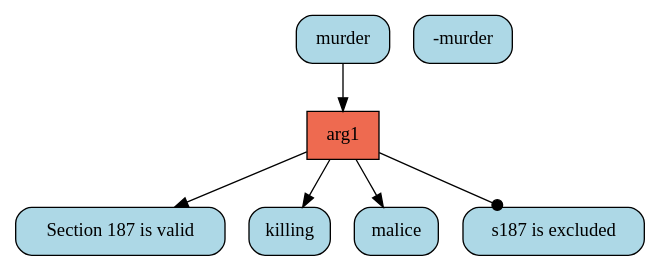
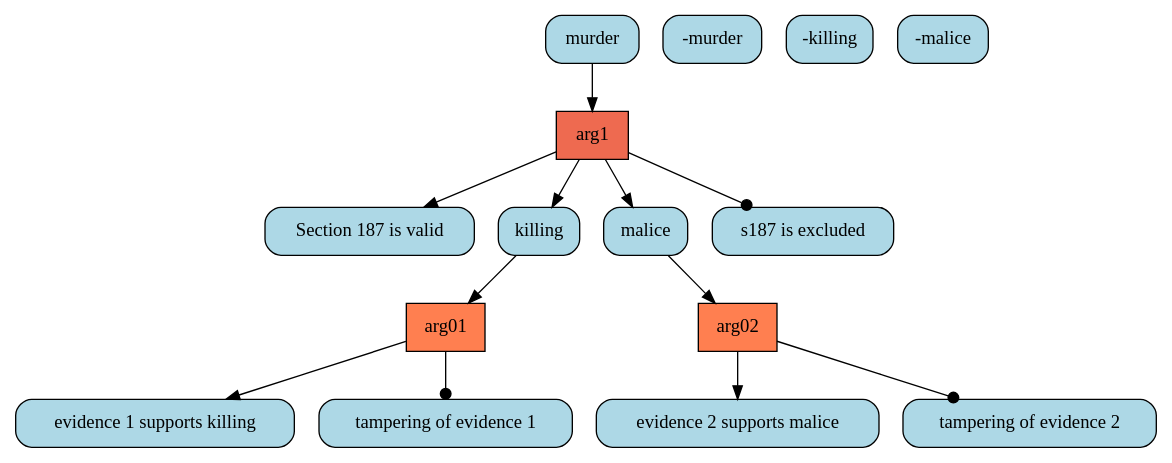
The diagram in system/dot/example2/1_0.dot (goweiting/carneades-ext), drawn with Graphviz before and after one commit. The commit also changed 9 other files, not shown here.

```diff
--- a/system/dot/example2/1_0.dot
+++ b/system/dot/example2/1_0.dot
@@ -1,14 +1,28 @@
 digraph G{ 
 "arg1" [color="black", fillcolor="coral2",fixedsize=false, shape=box, style="filled"]; 
 "murder" [color="black", fillcolor="lightblue", fixedsize=false,  shape="box", style="rounded,filled"]; 
 "-murder" [color="black", fillcolor="lightblue", fixedsize=false,  shape="box", style="rounded,filled"]; 
 "Section 187 is valid" [color="black", fillcolor="lightblue", fixedsize=false,  shape="box", style="rounded,filled"]; 
 "killing" [color="black", fillcolor="lightblue", fixedsize=false,  shape="box", style="rounded,filled"]; 
 "malice" [color="black", fillcolor="lightblue", fixedsize=false,  shape="box", style="rounded,filled"]; 
 "s187 is excluded" [color="black", fillcolor="lightblue", fixedsize=false,  shape="box", style="rounded,filled"]; 
+"arg01" [color="black", fillcolor="coral",fixedsize=false, shape=box, style="filled"]; 
+"-killing" [color="black", fillcolor="lightblue", fixedsize=false,  shape="box", style="rounded,filled"]; 
+"evidence 1 supports killing" [color="black", fillcolor="lightblue", fixedsize=false,  shape="box", style="rounded,filled"]; 
+"tampering of evidence 1" [color="black", fillcolor="lightblue", fixedsize=false,  shape="box", style="rounded,filled"]; 
+"arg02" [color="black", fillcolor="coral",fixedsize=false, shape=box, style="filled"]; 
+"-malice" [color="black", fillcolor="lightblue", fixedsize=false,  shape="box", style="rounded,filled"]; 
+"evidence 2 supports malice" [color="black", fillcolor="lightblue", fixedsize=false,  shape="box", style="rounded,filled"]; 
+"tampering of evidence 2" [color="black", fillcolor="lightblue", fixedsize=false,  shape="box", style="rounded,filled"]; 
 "murder" -> "arg1" ; 
 "arg1" -> "Section 187 is valid" ; 
 "arg1" -> "killing" ; 
 "arg1" -> "malice" ; 
 "arg1" -> "s187 is excluded" [arrowhead=dot] ; 
+"killing" -> "arg01" ; 
+"arg01" -> "evidence 1 supports killing" ; 
+"arg01" -> "tampering of evidence 1" [arrowhead=dot] ; 
+"malice" -> "arg02" ; 
+"arg02" -> "evidence 2 supports malice" ; 
+"arg02" -> "tampering of evidence 2" [arrowhead=dot] ; 
 }
```
